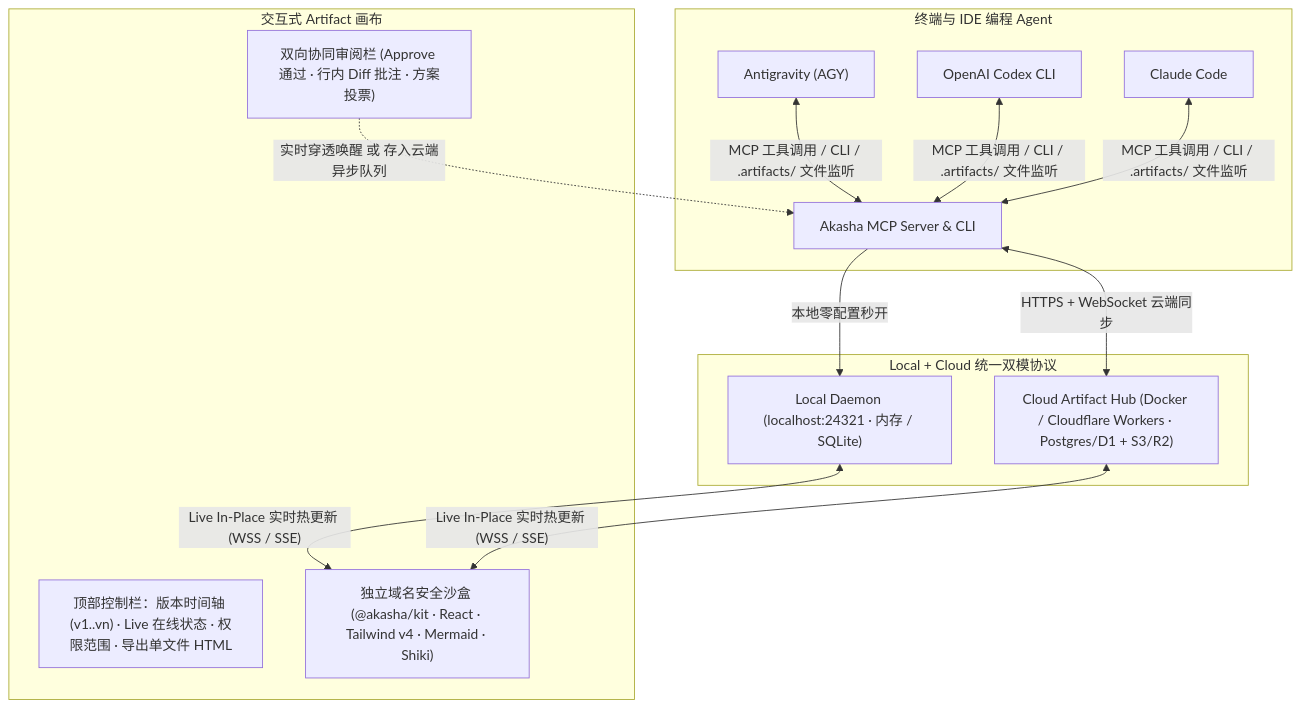
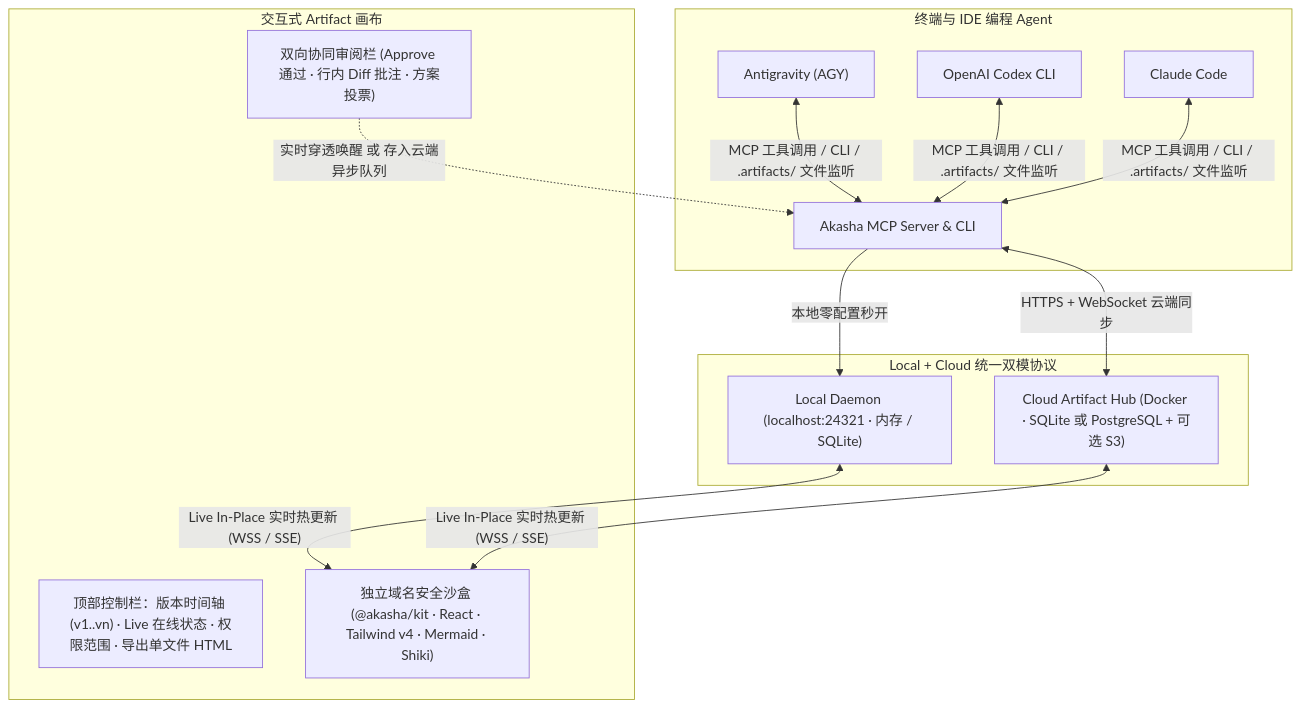
One commit to VOD-Studio/akasha-artifacts changed the diagram in README.zh-CN.md. Above: the diagram before and after it, drawn with Mermaid. The commit also changed other lines of this file and 103 other files, not shown here.

First line of the commit message:
feat: 支持画布直改与 Cloud Hub 自托管 (#51)

````diff
--- a/README.zh-CN.md
+++ b/README.zh-CN.md
@@ -87,26 +87,26 @@
 ```mermaid
 flowchart TB
     subgraph Agents["终端与 IDE 编程 Agent"]
         AG["Antigravity (AGY)"]
         CX["OpenAI Codex CLI"]
         CC["Claude Code"]
         MCP["Akasha MCP Server & CLI"]
     end
 
     subgraph Modes["Local + Cloud 统一双模协议"]
         LOCAL["Local Daemon (localhost:24321 · 内存 / SQLite)"]
-        CLOUD["Cloud Artifact Hub (Docker / Cloudflare Workers · Postgres/D1 + S3/R2)"]
+        CLOUD["Cloud Artifact Hub (Docker · SQLite 或 PostgreSQL + 可选 S3)"]
     end
 
     subgraph Browser["交互式 Artifact 画布"]
         BAR["顶部控制栏：版本时间轴 (v1..vn) · Live 在线状态 · 权限范围 · 导出单文件 HTML"]
         SANDBOX["独立域名安全沙盒 (@akasha/kit · React · Tailwind v4 · Mermaid · Shiki)"]
         HITL["双向协同审阅栏 (Approve 通过 · 行内 Diff 批注 · 方案投票)"]
     end
 
     AG & CX & CC <-->|"MCP 工具调用 / CLI / .artifacts/ 文件监听"| MCP
     MCP -->|"本地零配置秒开"| LOCAL
     MCP <-->|"HTTPS + WebSocket 云端同步"| CLOUD
     LOCAL & CLOUD <-->|"Live In-Place 实时热更新 (WSS / SSE)"| SANDBOX
     HITL -.->|"实时穿透唤醒 或 存入云端异步队列"| MCP
 ```
````
